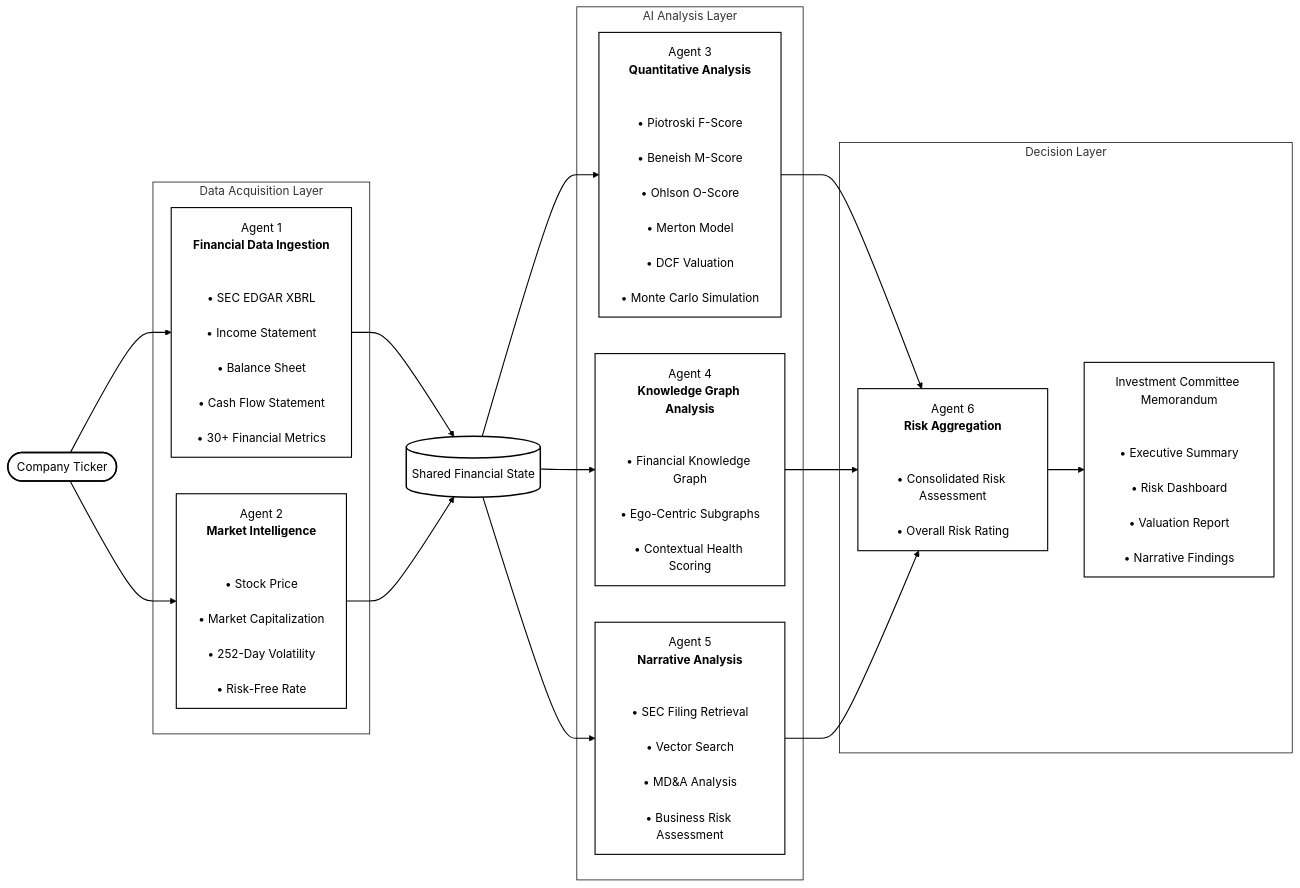
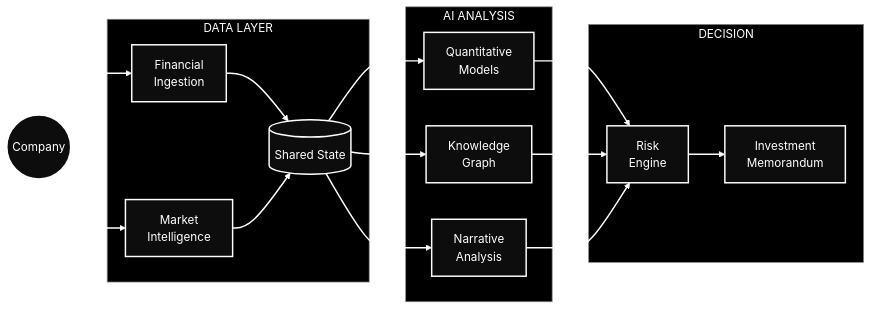
Before and after one commit to Shiva498689/GDG_PS: the diagram in README.md, drawn with Mermaid.

Commit message:
Refactor README for clarity and structure

````diff
--- a/README.md
+++ b/README.md
@@ -4,103 +4,78 @@
 %% =========================
 %% INPUT
 %% =========================
-U([Company Ticker])
+
+U(("Company"))
 
 %% =========================
-%% DATA ACQUISITION
+%% DATA LAYER
 %% =========================
-subgraph L1["Data Acquisition Layer"]
 
-A1["Agent 1<br/><b>Financial Data Ingestion</b><br/><br/>
-• SEC EDGAR XBRL<br/>
-• Income Statement<br/>
-• Balance Sheet<br/>
-• Cash Flow Statement<br/>
-• 30+ Financial Metrics"]
+subgraph DATA["DATA LAYER"]
 
-A2["Agent 2<br/><b>Market Intelligence</b><br/><br/>
-• Stock Price<br/>
-• Market Capitalization<br/>
-• 252-Day Volatility<br/>
-• Risk-Free Rate"]
+A1["Financial<br/>Ingestion"]
+
+A2["Market<br/>Intelligence"]
+
+S[(Shared State)]
 
 end
 
-STATE[(Shared Financial State)]
+%% =========================
+%% AI LAYER
+%% =========================
 
-%% =========================
-%% ANALYSIS
-%% =========================
-subgraph L2["AI Analysis Layer"]
+subgraph AI["AI ANALYSIS"]
 
-Q["Agent 3<br/><b>Quantitative Analysis</b><br/><br/>
-• Piotroski F-Score<br/>
-• Beneish M-Score<br/>
-• Ohlson O-Score<br/>
-• Merton Model<br/>
-• DCF Valuation<br/>
-• Monte Carlo Simulation"]
+Q["Quantitative<br/>Models"]
 
-KG["Agent 4<br/><b>Knowledge Graph Analysis</b><br/><br/>
-• Financial Knowledge Graph<br/>
-• Ego-Centric Subgraphs<br/>
-• Contextual Health Scoring"]
+KG["Knowledge<br/>Graph"]
 
-N["Agent 5<br/><b>Narrative Analysis</b><br/><br/>
-• SEC Filing Retrieval<br/>
-• Vector Search<br/>
-• MD&A Analysis<br/>
-• Business Risk Assessment"]
+N["Narrative<br/>Analysis"]
 
 end
 
 %% =========================
 %% DECISION
 %% =========================
-subgraph L3["Decision Layer"]
 
-R["Agent 6<br/><b>Risk Aggregation</b><br/><br/>
-• Consolidated Risk Assessment<br/>
-• Overall Risk Rating"]
+subgraph DECISION["DECISION"]
 
-OUT["Investment Committee Memorandum<br/><br/>
-• Executive Summary<br/>
-• Risk Dashboard<br/>
-• Valuation Report<br/>
-• Narrative Findings"]
+R["Risk<br/>Engine"]
+
+REPORT["Investment<br/>Memorandum"]
 
 end
 
 %% FLOW
+
 U --> A1
 U --> A2
 
-A1 --> STATE
-A2 --> STATE
+A1 --> S
+A2 --> S
 
-STATE --> Q
-STATE --> KG
-STATE --> N
+S --> Q
+S --> KG
+S --> N
 
 Q --> R
 KG --> R
 N --> R
 
-R --> OUT
+R --> REPORT
 
 %% =========================
-%% PROFESSIONAL STYLING
+%% DARK THEME
 %% =========================
 
-classDef default fill:#ffffff,stroke:#000000,color:#000000,stroke-width:1.5px;
+classDef node fill:#0D0D0D,stroke:#FFFFFF,color:#FFFFFF,stroke-width:2px;
 
-style U fill:#ffffff,stroke:#000000,stroke-width:2px
+class U,A1,A2,S,Q,KG,N,R,REPORT node;
 
-style STATE fill:#ffffff,stroke:#000000,stroke-width:2px
+style DATA fill:#000000,stroke:#888888,color:#FFFFFF
+style AI fill:#000000,stroke:#888888,color:#FFFFFF
+style DECISION fill:#000000,stroke:#888888,color:#FFFFFF
 
-style L1 fill:#ffffff,stroke:#000000,stroke-width:1px
-style L2 fill:#ffffff,stroke:#000000,stroke-width:1px
-style L3 fill:#ffffff,stroke:#000000,stroke-width:1px
-
-linkStyle default stroke:#000000,stroke-width:1.5px
+linkStyle default stroke:#FFFFFF,stroke-width:2px
 ```
````
